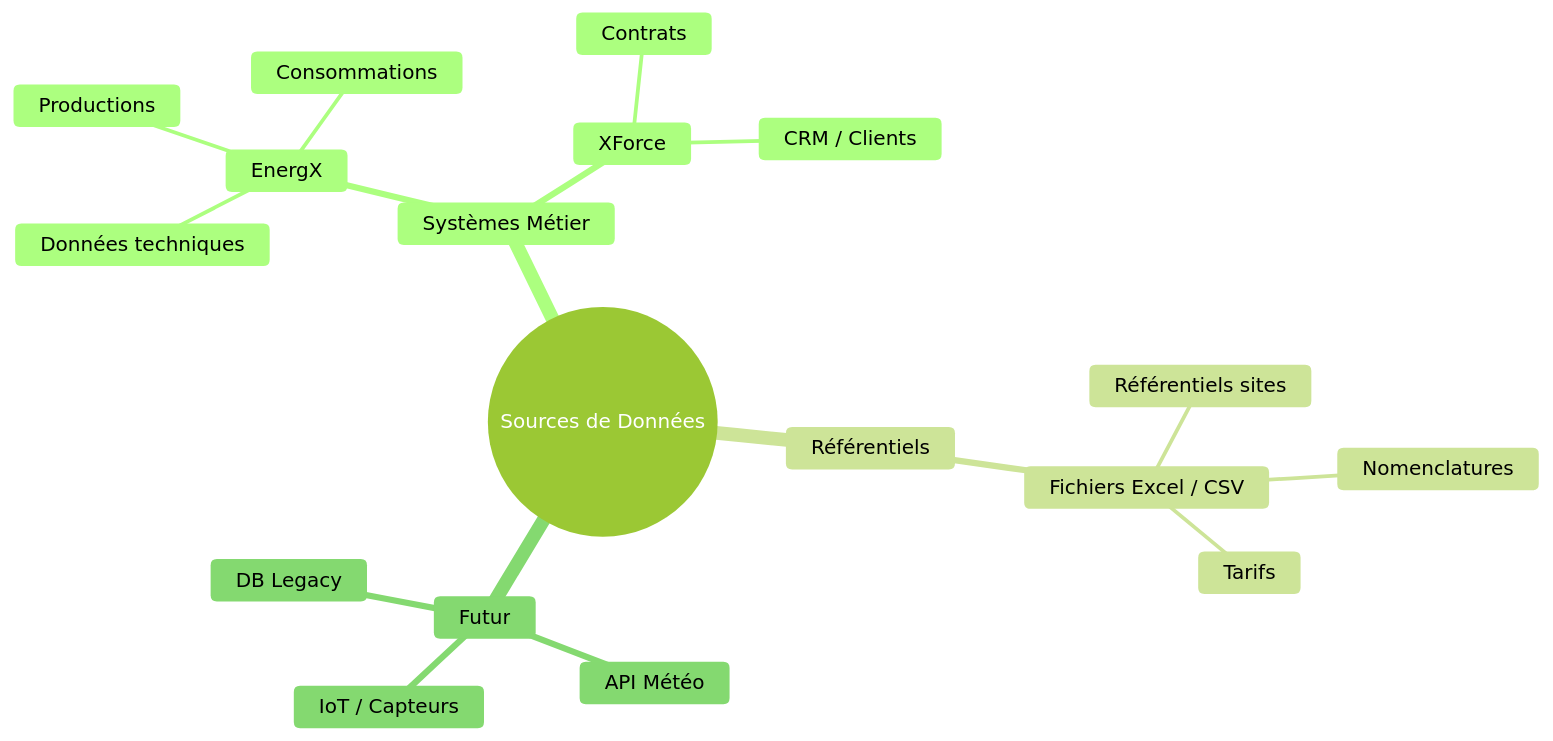
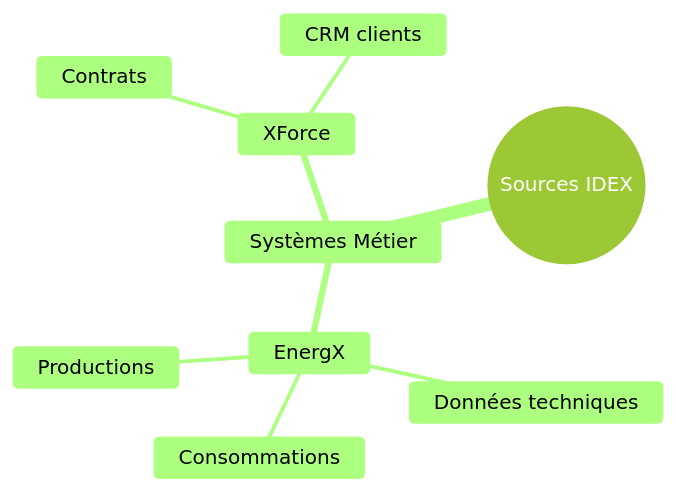
Before and after one commit to maxencenho-cloud/data-platform-runbook: the second of 3 diagrams in docs/ATELIER_02_DONNEES.md, drawn with Mermaid (forest theme). The commit also changed other lines of this file and 1 other file, not shown here.

Commit message:
docs: update architecture documentation and add support for data ingestion specifications

````diff
--- a/docs/ATELIER_02_DONNEES.md
+++ b/docs/ATELIER_02_DONNEES.md
@@ -38,21 +39,12 @@
 ```mermaid
 mindmap
-  root((Sources de Données))
+  root((Sources IDEX))
     Systèmes Métier
       EnergX
         Données techniques
         Consommations
         Productions
       XForce
         Contrats
-        CRM / Clients
-    Référentiels
-      Fichiers Excel / CSV
-        Référentiels sites
-        Nomenclatures
-        Tarifs
-    Futur
-      IoT / Capteurs
-      API Météo
-      DB Legacy
+        CRM clients
 ```
````
